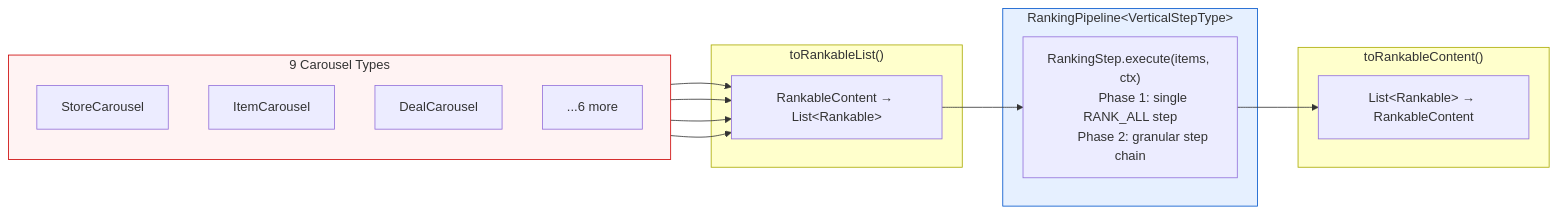
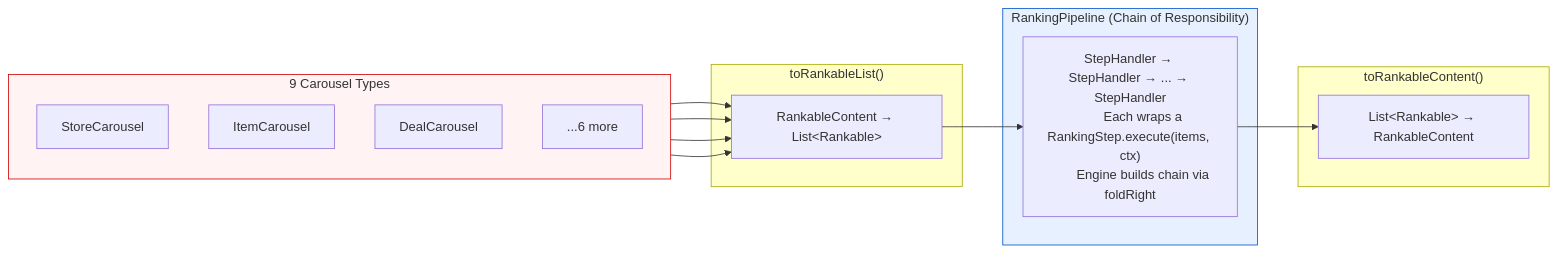
The first of 2 diagrams in unified-blending-platform/spec/rfc-abstraction-layer.md (daniel-fonyo/dd-brain), drawn with Mermaid before and after one commit. The commit also changed other lines of this file, not shown here.

First line of the commit message:
RFC: comprehensive update — all user feedback applied

````diff
--- a/unified-blending-platform/spec/rfc-abstraction-layer.md
+++ b/unified-blending-platform/spec/rfc-abstraction-layer.md
@@ -152,38 +146,38 @@
 ```mermaid
 flowchart LR
     subgraph sources["9 Carousel Types"]
         direction TB
         T1["StoreCarousel"]
         T2["ItemCarousel"]
         T3["DealCarousel"]
         T4["...6 more"]
     end
 
     subgraph convert["toRankableList()"]
         A["RankableContent → List&lt;Rankable&gt;"]
     end
 
     T1 --> A
     T2 --> A
     T3 --> A
     T4 --> A
 
-    subgraph pipeline["RankingPipeline&lt;VerticalStepType&gt;"]
-        ENG["RankingStep.execute(items, ctx)
-        Phase 1: single RANK_ALL step
-        Phase 2: granular step chain"]
+    subgraph pipeline["RankingPipeline (Chain of Responsibility)"]
+        ENG["StepHandler → StepHandler → ... → StepHandler
+        Each wraps a RankingStep.execute(items, ctx)
+        Engine builds chain via foldRight"]
     end
 
     A --> ENG
 
     subgraph writeback["toRankableContent()"]
         WB["List&lt;Rankable&gt; → RankableContent"]
     end
 
     ENG --> WB
 
     style sources fill:#fff3f3,stroke:#cc0000
     style convert fill:#ffffcc,stroke:#aaaa00
     style pipeline fill:#e6f0ff,stroke:#0055cc
     style writeback fill:#ffffcc,stroke:#aaaa00
 ```
````
